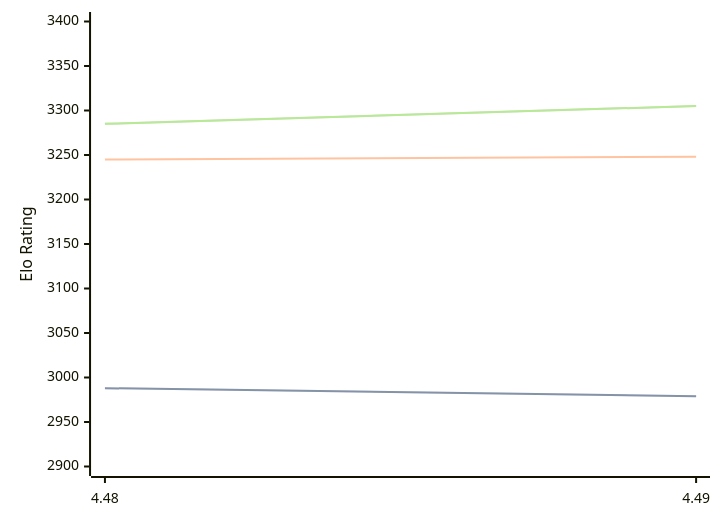
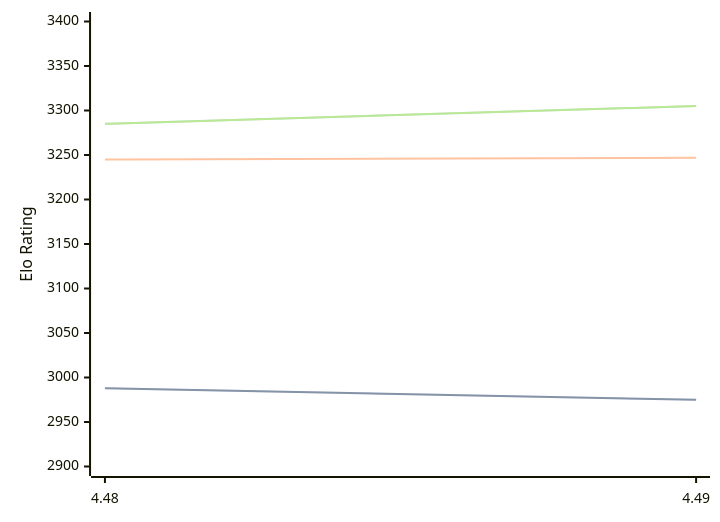
One commit to computer-chess-index/cci changed the diagram in engines/Cheng4.md. Above: the diagram before and after it, drawn with Mermaid. The commit also changed other lines of this file, not shown here.

````diff
--- a/engines/Cheng4.md
+++ b/engines/Cheng4.md
@@ -32,11 +32,11 @@
 ```mermaid
 %%{init: {"theme":"base","themeVariables":{"seriesColors:['#a3a3a3','#222221','#faa371']}}}%%
 xychart-beta
   x-axis ["4.48", "4.49"]
   y-axis "Elo Rating" 2900 --> 3400
-  line "" [2988, 2979]
-  line "STC (8.0+0.08s)" [2988, 2979]
-  line "LTC (60.0+0.60s)" [3245, 3248]
+  line "" [2988, 2975]
+  line "STC (8.0+0.08s)" [2988, 2975]
+  line "LTC (60.0+0.60s)" [3245, 3247]
   line "" [3285, 3305]
   line "VLTC (2m24s+1.12s)" [3285, 3305]
 ```
````
